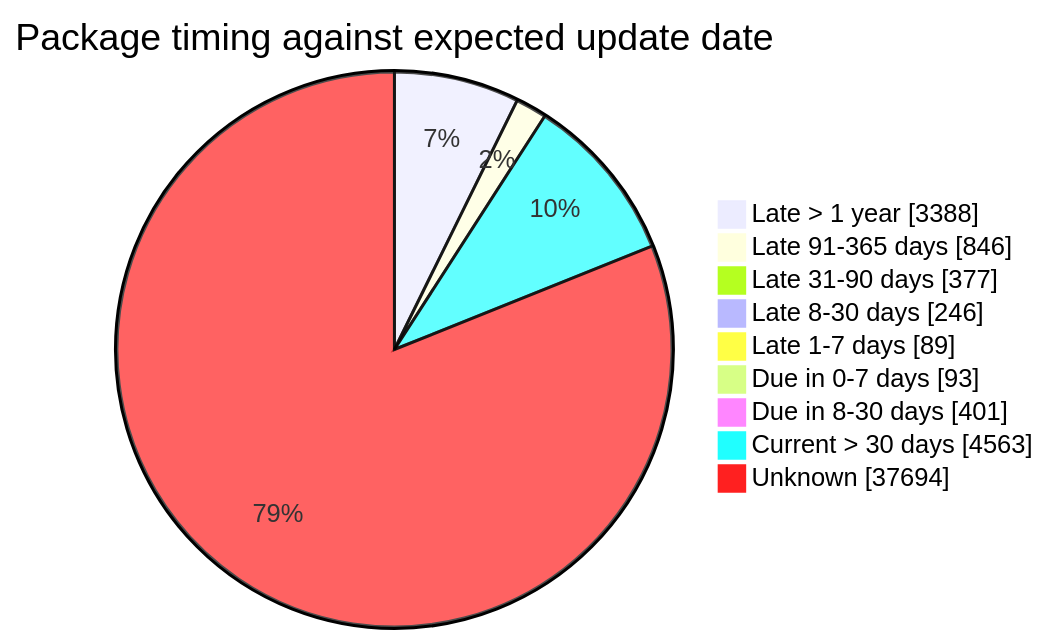
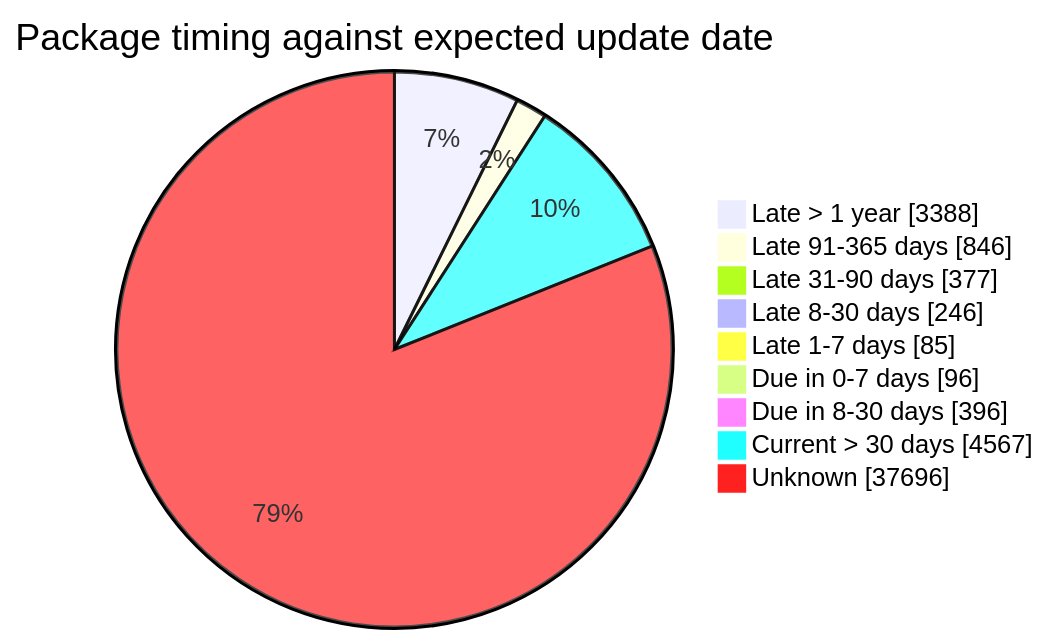
Before and after one commit to open-data/analytics-corporate-reporting: the fourth of 5 diagrams in FreshCheck/README.md, drawn with Mermaid. The commit also changed other lines of this file and 3 other files, not shown here.

````diff
--- a/FreshCheck/README.md
+++ b/FreshCheck/README.md
@@ -86,12 +86,12 @@
 ```mermaid
 pie showData title Package timing against expected update date
     "Late > 1 year": 3388
     "Late 91-365 days": 846
     "Late 31-90 days": 377
     "Late 8-30 days": 246
-    "Late 1-7 days": 89
-    "Due in 0-7 days": 93
-    "Due in 8-30 days": 401
-    "Current > 30 days": 4563
-    "Unknown": 37694
+    "Late 1-7 days": 85
+    "Due in 0-7 days": 96
+    "Due in 8-30 days": 396
+    "Current > 30 days": 4567
+    "Unknown": 37696
 ```
````
